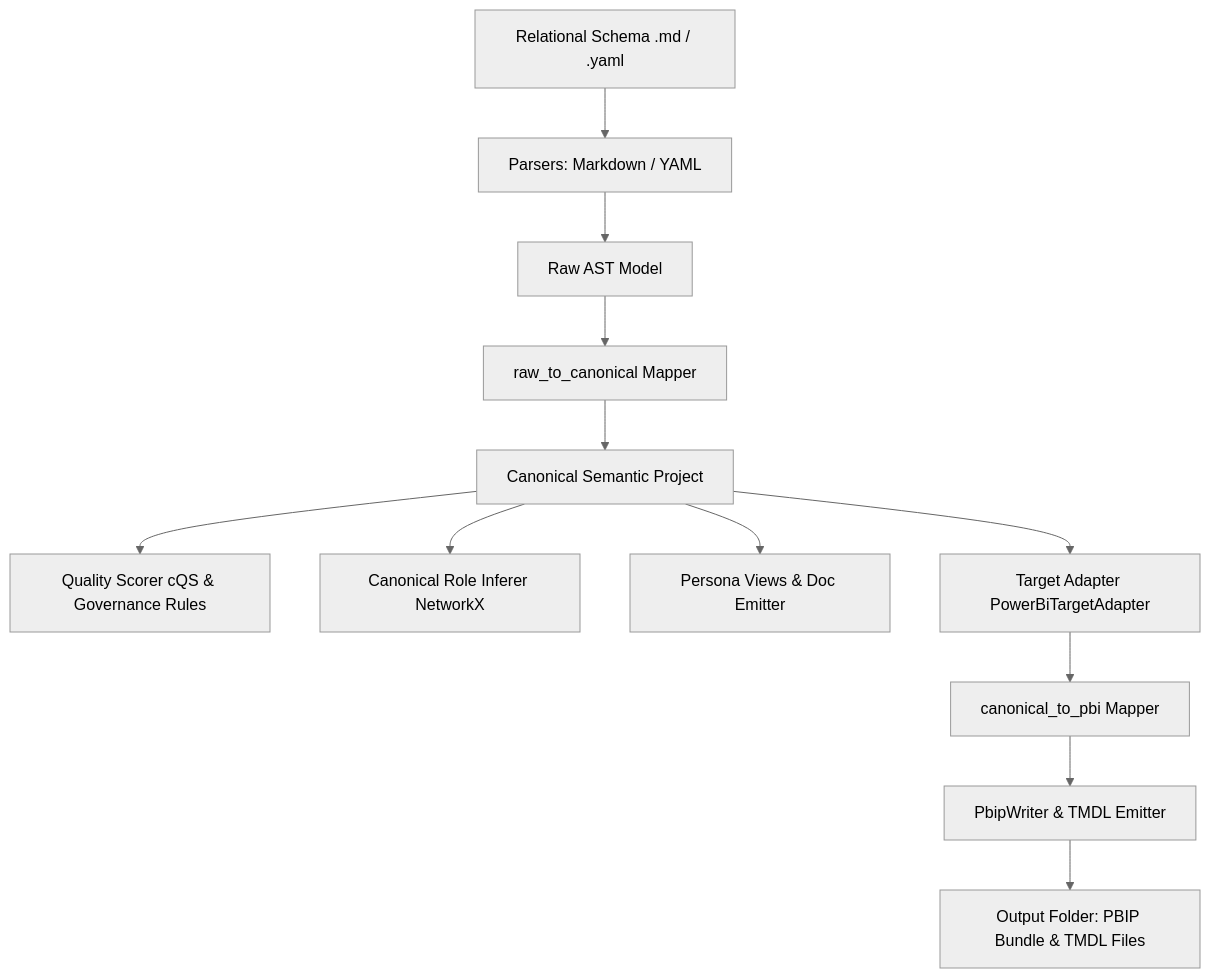
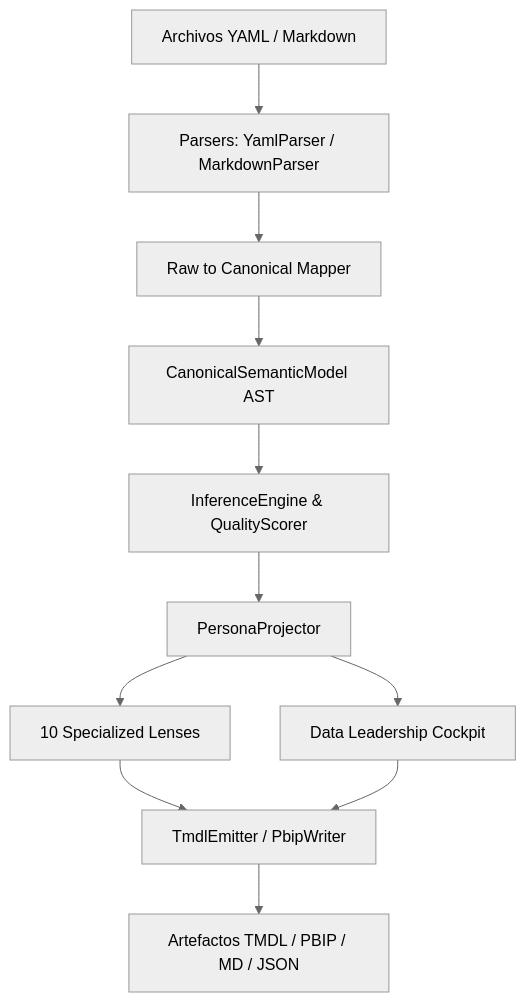
Before and after one commit to AlvaroAlejandroFinOps/SemanticFlow: the diagram in 001_Seed/seed-semanticflow-master.md, drawn with Mermaid (neutral theme). The commit also changed other lines of this file and 2 other files, not shown here.

Commit message:
docs: add project master thinking seed documentation and update README files

````diff
--- a/001_Seed/seed-semanticflow-master.md
+++ b/001_Seed/seed-semanticflow-master.md
@@ -141,14 +86,13 @@
 ```mermaid
 graph TD
-    A[Relational Schema .md / .yaml] --> B[Parsers: Markdown / YAML]
-    B --> C[Raw AST Model]
-    C --> D[raw_to_canonical Mapper]
-    D --> E[Canonical Semantic Project]
-    E --> F[Quality Scorer cQS & Governance Rules]
-    E --> G[Canonical Role Inferer NetworkX]
-    E --> H[Persona Views & Doc Emitter]
-    E --> I[Target Adapter PowerBiTargetAdapter]
-    I --> J[canonical_to_pbi Mapper]
-    J --> K[PbipWriter & TMDL Emitter]
-    K --> L[Output Folder: PBIP Bundle & TMDL Files]
+    A[Archivos YAML / Markdown] --> B[Parsers: YamlParser / MarkdownParser]
+    B --> C[Raw to Canonical Mapper]
+    C --> D[CanonicalSemanticModel AST]
+    D --> E[InferenceEngine & QualityScorer]
+    E --> F[PersonaProjector]
+    F --> G1[10 Specialized Lenses]
+    F --> G2[Data Leadership Cockpit]
+    G1 --> H[TmdlEmitter / PbipWriter]
+    G2 --> H
+    H --> I[Artefactos TMDL / PBIP / MD / JSON]
 ```
````
